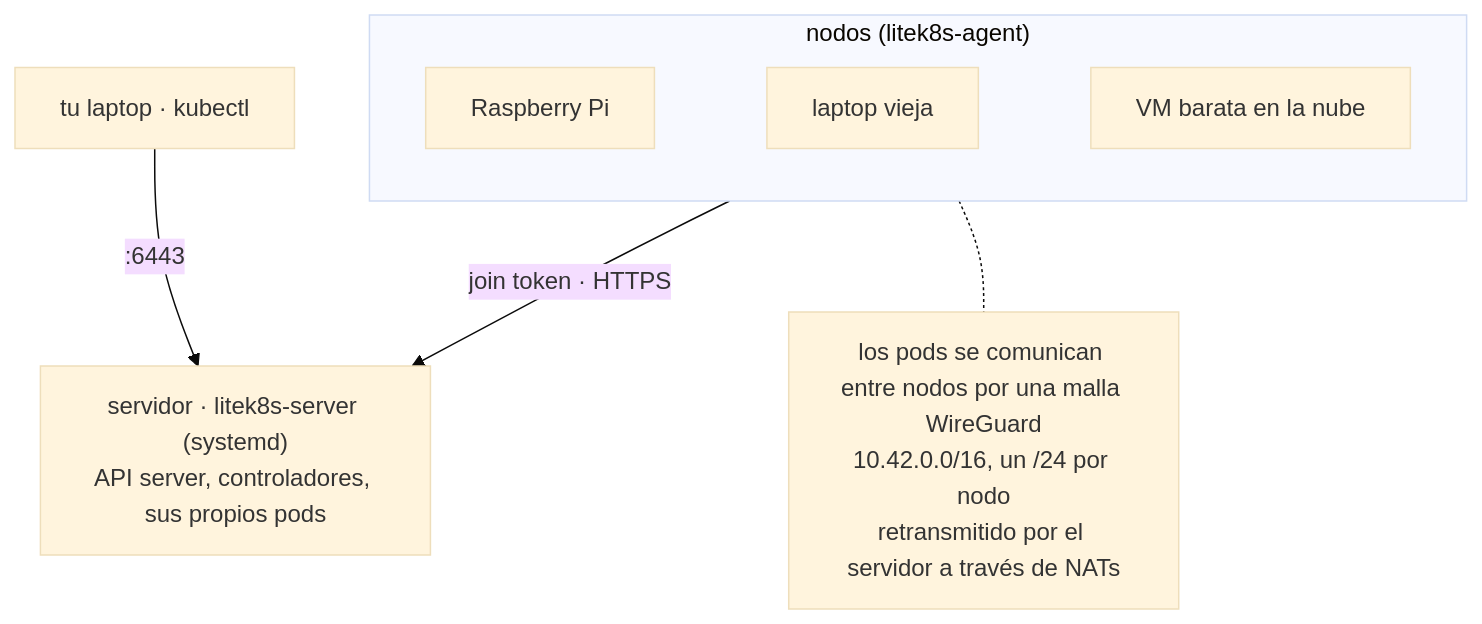
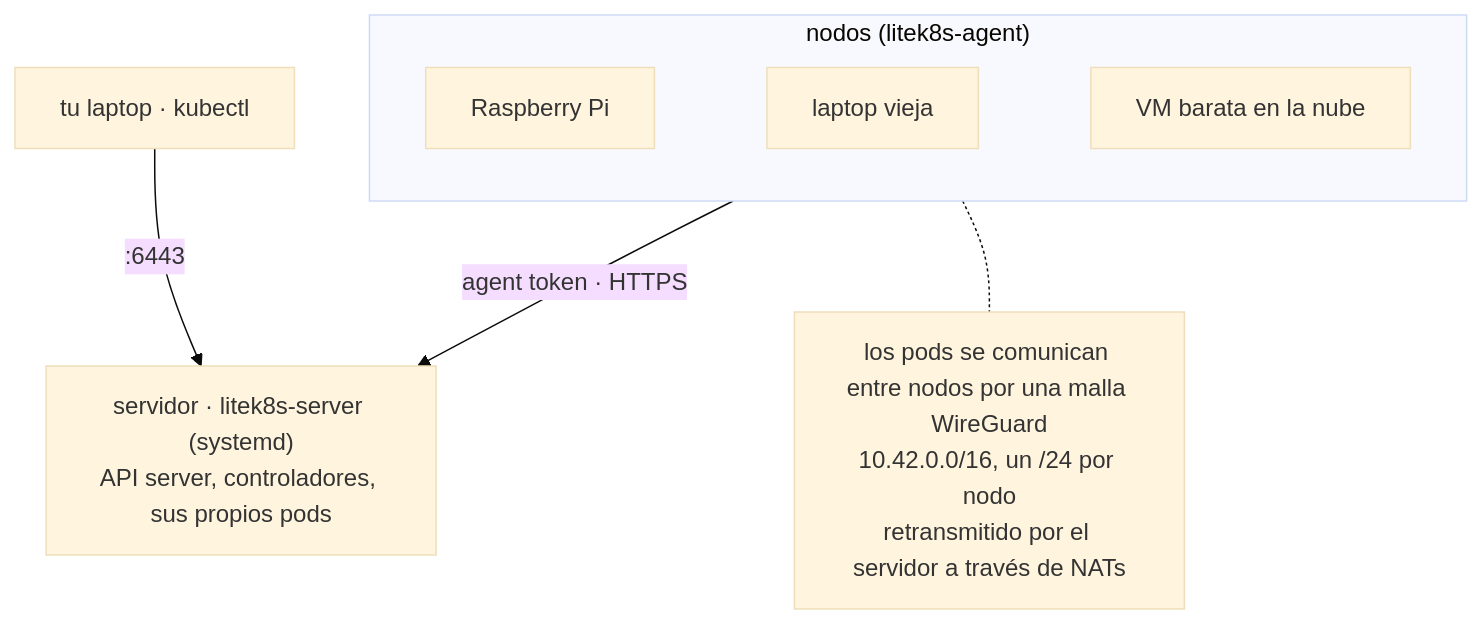
Before and after one commit to jairoFernandez/litek8s: the first of 2 diagrams in docs/es/multi-node.md, drawn with Mermaid (base theme). The commit also changed other lines of this file and 20 other files, not shown here.

First line of the commit message:
Join: an agent token that joins nodes and nothing else

````diff
--- a/docs/es/multi-node.md
+++ b/docs/es/multi-node.md
@@ -7,12 +7,12 @@
 ```mermaid
 flowchart TB
     laptop["tu laptop · kubectl"] -->|":6443"| s
     s["servidor · litek8s-server (systemd)<br/>API server, controladores, sus propios pods"]
     subgraph nodes["nodos (litek8s-agent)"]
         direction LR
         pi["Raspberry Pi"] ~~~ old["laptop vieja"] ~~~ ec2["VM barata en la nube"]
     end
-    nodes -->|"join token · HTTPS"| s
+    nodes -->|"agent token · HTTPS"| s
     wg["los pods se comunican entre nodos por una malla WireGuard<br/>10.42.0.0/16, un /24 por nodo<br/>retransmitido por el servidor a través de NATs"]
     nodes -.- wg
 ```
````
